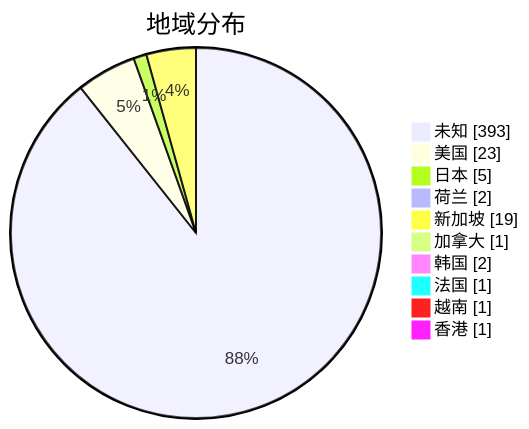
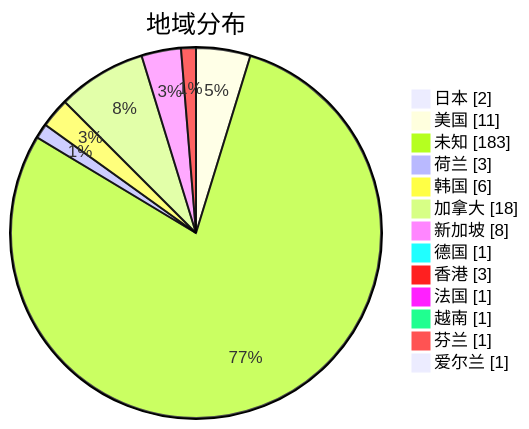
The second of 3 diagrams in subs/statistics/tested_within.md (sinspired/airport), drawn with Mermaid before and after one commit. The commit also changed other lines of this file and 2 other files, not shown here.

````diff
--- a/subs/statistics/tested_within.md
+++ b/subs/statistics/tested_within.md
@@ -20,14 +17,17 @@
 ```mermaid
 pie showData
 title 地域分布
-"未知" : 393
-"美国" : 23
-"日本" : 5
-"荷兰" : 2
-"新加坡" : 19
-"加拿大" : 1
-"韩国" : 2
+"日本" : 2
+"美国" : 11
+"未知" : 183
+"荷兰" : 3
+"韩国" : 6
+"加拿大" : 18
+"新加坡" : 8
+"德国" : 1
+"香港" : 3
 "法国" : 1
 "越南" : 1
-"香港" : 1
+"芬兰" : 1
+"爱尔兰" : 1
 ```
````
